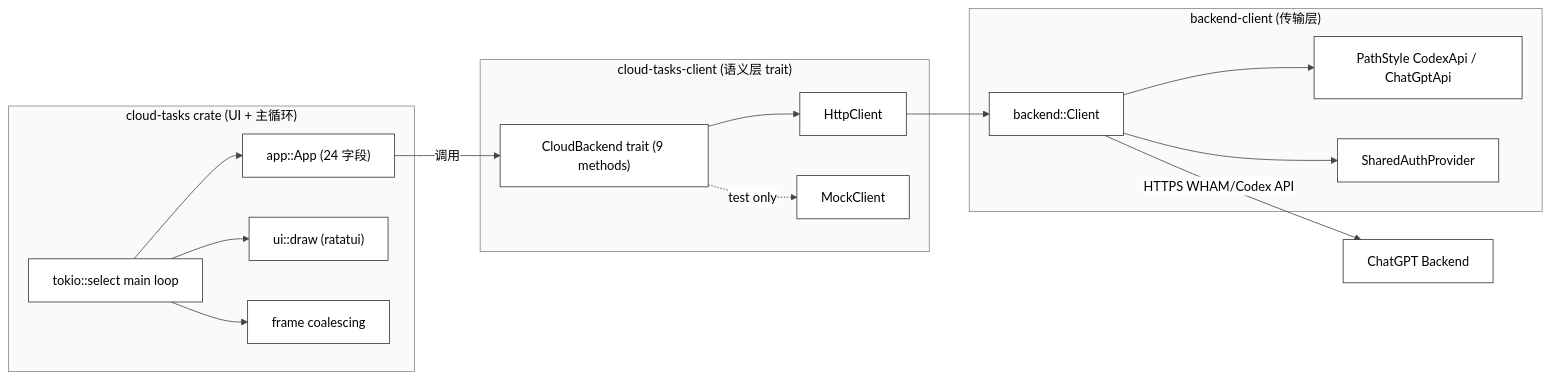
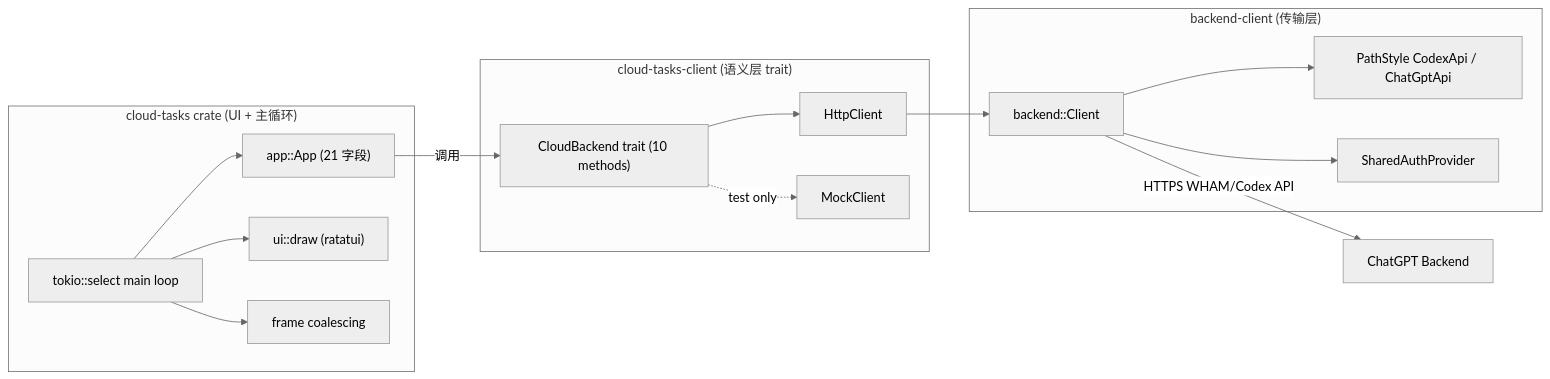
One commit to GLBB/codex-source-analysis changed the second of 7 diagrams in Part III Comparative Analysis/23-CloudTasks与外部Agent迁移.md. Above: the diagram before and after it, drawn with Mermaid. The commit also changed other lines of this file and 29 other files, not shown here.

````diff
--- a/Part III Comparative Analysis/23-CloudTasks与外部Agent迁移.md
+++ b/Part III Comparative Analysis/23-CloudTasks与外部Agent迁移.md
@@ -188,30 +188,30 @@
 ```mermaid
-%%{init: {"theme": "base", "themeCSS": "svg { background: #ffffff !important; } .label, .nodeLabel, .edgeLabel, text { color: #000000 !important; fill: #000000 !important; }", "themeVariables": {"background": "#ffffff", "mainBkg": "#ffffff", "primaryColor": "#f5f5f5", "primaryTextColor": "#000000", "primaryBorderColor": "#333333", "secondaryColor": "#f6f8fa", "tertiaryColor": "#ffffff", "lineColor": "#444444", "textColor": "#000000", "nodeBorder": "#333333", "clusterBkg": "#fafafa", "clusterBorder": "#888888", "edgeLabelBackground": "#ffffff", "fontFamily": "Helvetica"}}}%%
+%%{init:{'theme':'neutral','themeVariables':{'background':'#ffffff'}}}%%
 flowchart LR
     subgraph UI["cloud-tasks crate (UI + 主循环)"]
-        AppState["app::App (24 字段)"]
+        AppState["app::App (21 字段)"]
         EventLoop["tokio::select main loop"]
         Render["ui::draw (ratatui)"]
         FrameCoalesce["frame coalescing"]
     end
     subgraph ClientTrait["cloud-tasks-client (语义层 trait)"]
-        CB["CloudBackend trait (9 methods)"]
+        CB["CloudBackend trait (10 methods)"]
         HttpImpl["HttpClient"]
         MockImpl["MockClient"]
     end
     subgraph BackendHttp["backend-client (传输层)"]
         BackendClient["backend::Client"]
         PathStyle["PathStyle CodexApi / ChatGptApi"]
         Auth["SharedAuthProvider"]
     end
     EventLoop --> Render
     EventLoop --> AppState
     EventLoop --> FrameCoalesce
     AppState -->|调用| CB
     CB --> HttpImpl
     CB -.test only.-> MockImpl
     HttpImpl --> BackendClient
     BackendClient --> PathStyle
     BackendClient --> Auth
     BackendClient -->|HTTPS WHAM/Codex API| Cloud["ChatGPT Backend"]
 ```
````
